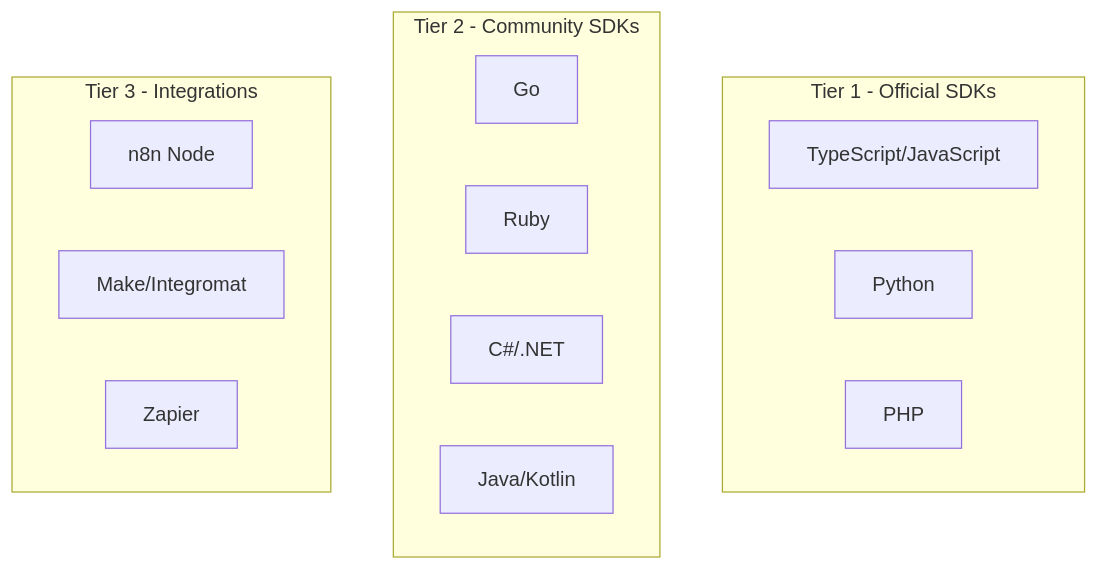
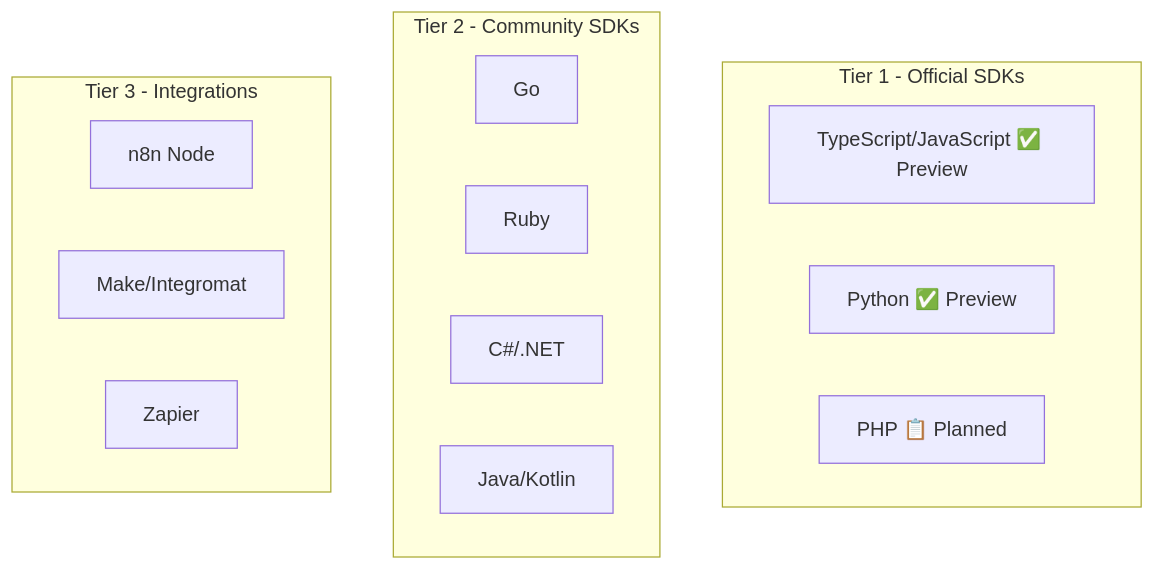
Before and after one commit to liminal-loop/whatsgate: the diagram in docs/18-sdk-design.md, drawn with Mermaid. The commit also changed other lines of this file and 14 other files, not shown here.

````diff
--- a/docs/18-sdk-design.md
+++ b/docs/18-sdk-design.md
@@ -9,21 +11,21 @@
 ```mermaid
 flowchart TB
     subgraph Tier1["Tier 1 - Official SDKs"]
-        TS[TypeScript/JavaScript]
-        PY[Python]
-        PHP[PHP]
+        TS[TypeScript/JavaScript ✅ Preview]
+        PY[Python ✅ Preview]
+        PHP[PHP 📋 Planned]
     end
 
     subgraph Tier2["Tier 2 - Community SDKs"]
         GO[Go]
         RUBY[Ruby]
         CSHARP[C#/.NET]
         JAVA[Java/Kotlin]
     end
 
     subgraph Tier3["Tier 3 - Integrations"]
         N8N[n8n Node]
         MAKE[Make/Integromat]
         ZAP[Zapier]
     end
 ```
````
